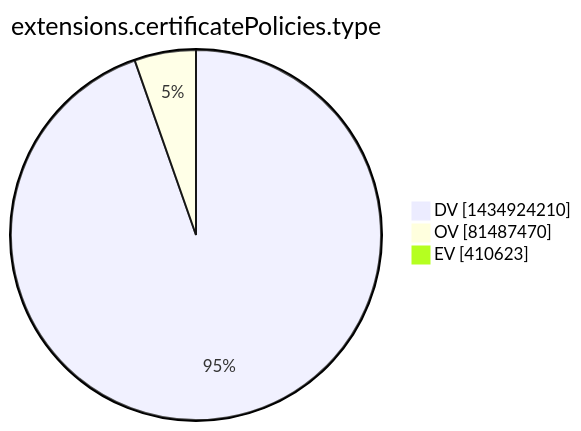
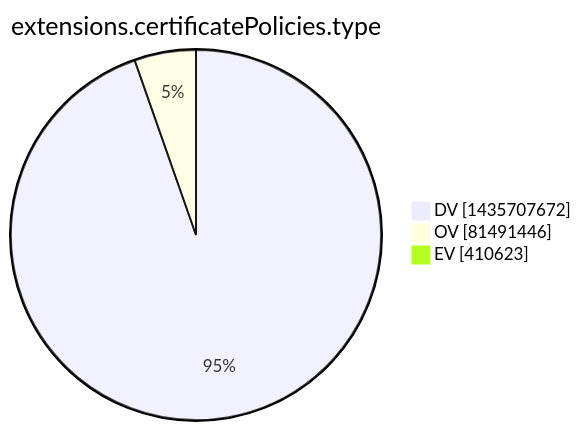
The tenth of 15 diagrams in xenon2022/README.md (christiankrug/ctmonitor_visualization), drawn with Mermaid before and after one commit. The commit also changed other lines of this file, not shown here.

````diff
--- a/xenon2022/README.md
+++ b/xenon2022/README.md
@@ -2867,7 +2867,7 @@
 ```mermaid
 pie showData
 title extensions.certificatePolicies.type
-"DV" :1434924210
-"OV" :81487470
+"DV" :1435707672
+"OV" :81491446
 "EV" :410623
 ```
````
